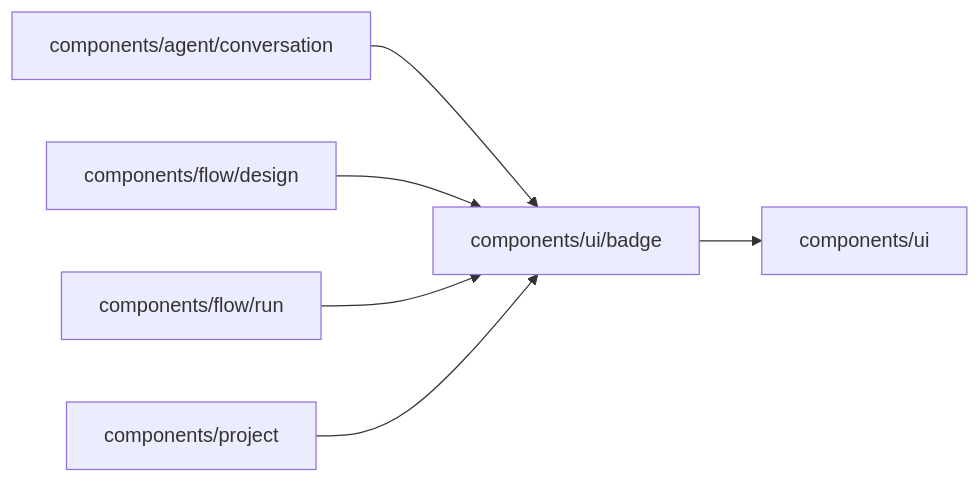
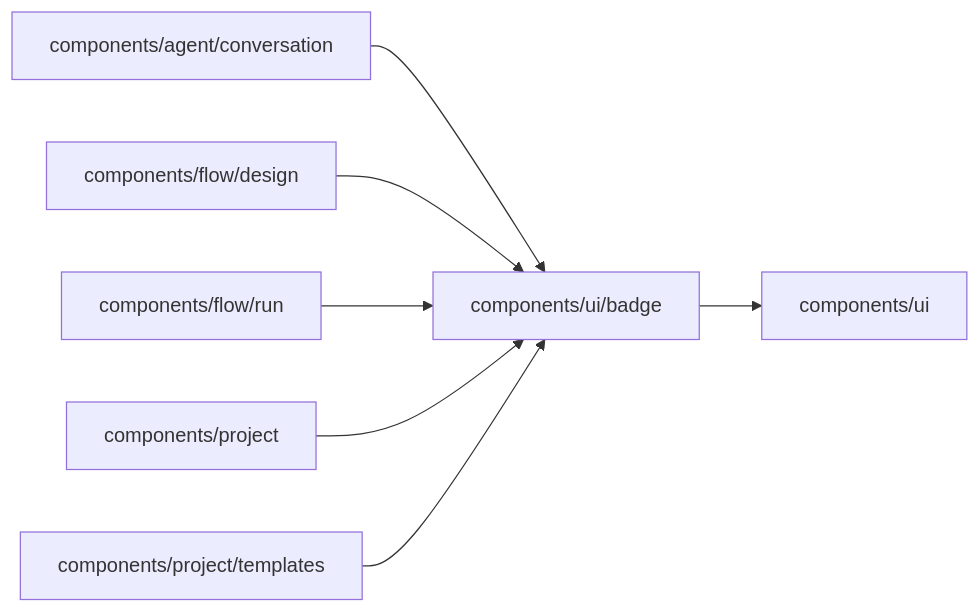
Before and after one commit to superdurable/superverse: the diagram in web/studio/components/ui/badge/README.md, drawn with Mermaid. The commit also changed other lines of this file and 167 other files, not shown here.

````diff
--- a/web/studio/components/ui/badge/README.md
+++ b/web/studio/components/ui/badge/README.md
@@ -10,9 +10,10 @@
 ```mermaid
 flowchart LR
   self["components/ui/badge"]
   c0["components/agent/conversation"] --> self
   c1["components/flow/design"] --> self
   c2["components/flow/run"] --> self
   c3["components/project"] --> self
+  c4["components/project/templates"] --> self
   self --> d0["components/ui"]
 ```
````
